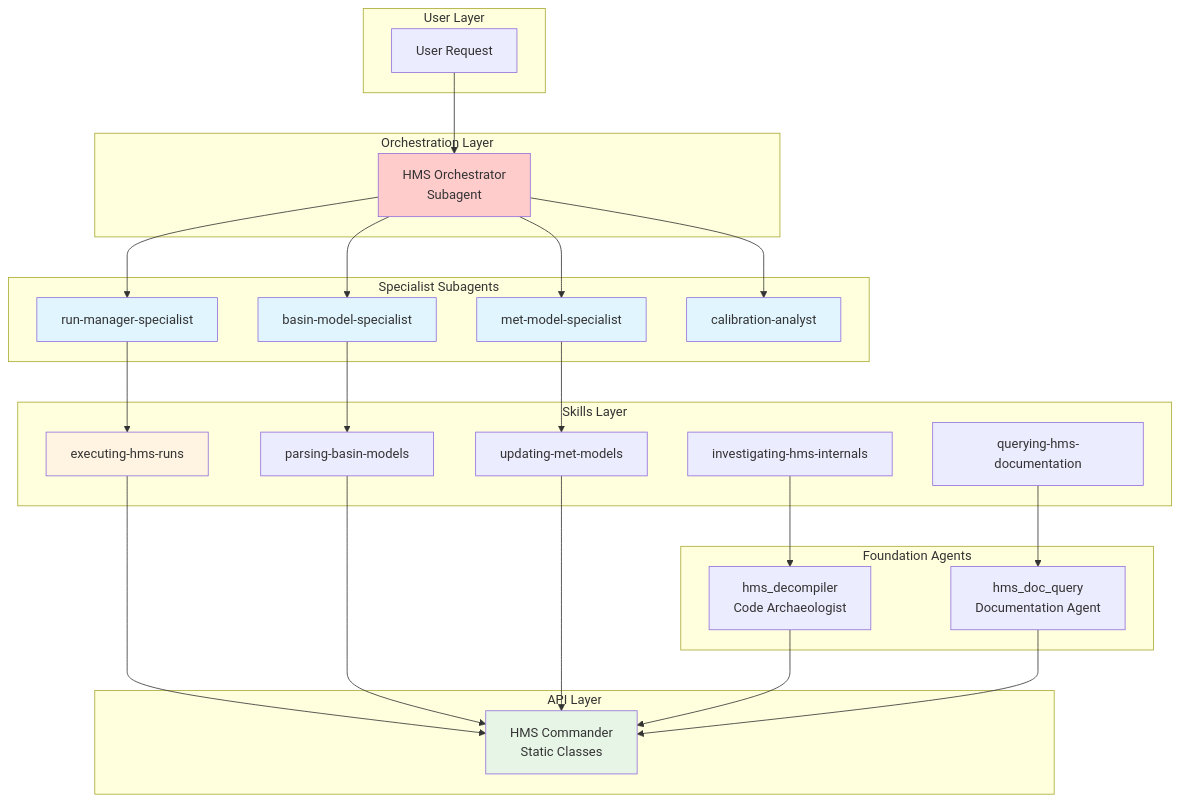
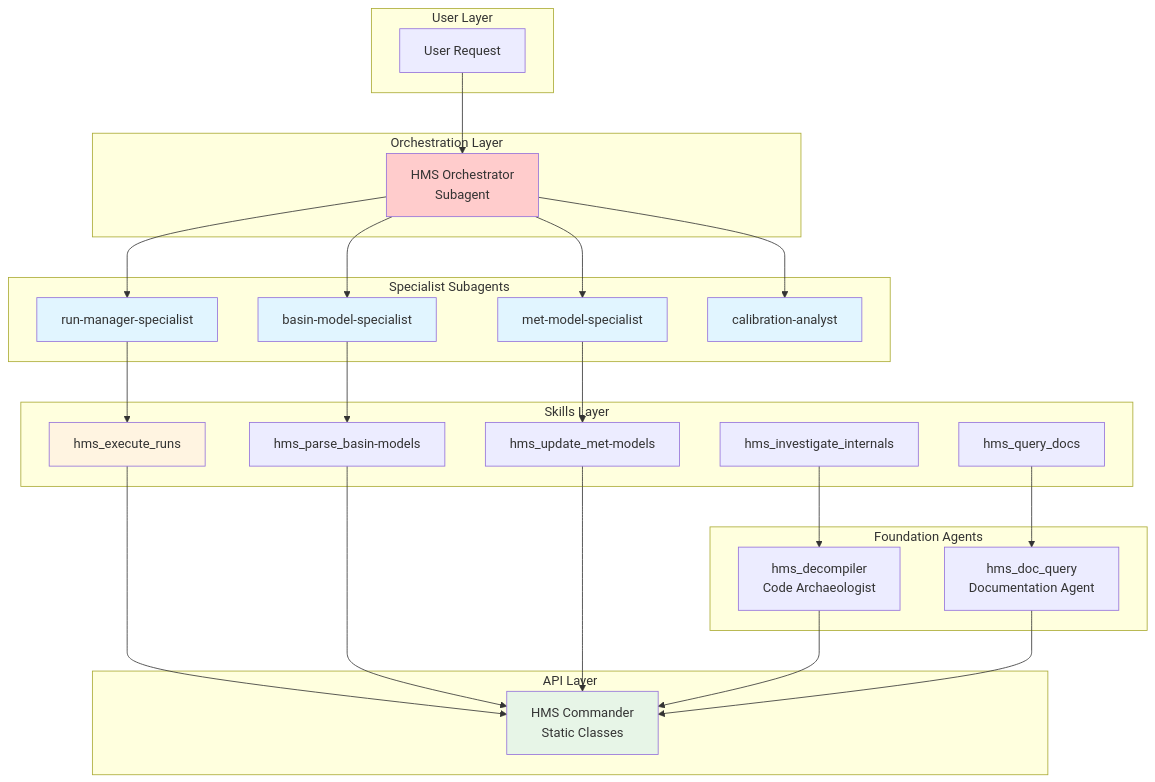
The fourth of 6 diagrams in docs/llm_dev/cognitive_architecture.md (gpt-cmdr/hms-commander), drawn with Mermaid before and after one commit. The commit also changed other lines of this file and 28 other files, not shown here.

````diff
--- a/docs/llm_dev/cognitive_architecture.md
+++ b/docs/llm_dev/cognitive_architecture.md
@@ -153,61 +153,61 @@
 ```mermaid
 graph TB
     subgraph "User Layer"
         A[User Request]
     end
 
     subgraph "Orchestration Layer"
         B[HMS Orchestrator<br/>Subagent]
     end
 
     subgraph "Specialist Subagents"
         C1[basin-model-specialist]
         C2[met-model-specialist]
         C3[run-manager-specialist]
         C4[calibration-analyst]
     end
 
     subgraph "Foundation Agents"
         D1[hms_decompiler<br/>Code Archaeologist]
         D2[hms_doc_query<br/>Documentation Agent]
     end
 
     subgraph "Skills Layer"
-        E1[executing-hms-runs]
-        E2[parsing-basin-models]
-        E3[updating-met-models]
-        E4[investigating-hms-internals]
-        E5[querying-hms-documentation]
+        E1[hms_execute_runs]
+        E2[hms_parse_basin-models]
+        E3[hms_update_met-models]
+        E4[hms_investigate_internals]
+        E5[hms_query_docs]
     end
 
     subgraph "API Layer"
         F[HMS Commander<br/>Static Classes]
     end
 
     A --> B
     B --> C1
     B --> C2
     B --> C3
     B --> C4
 
     C1 --> E2
     C2 --> E3
     C3 --> E1
 
     E4 --> D1
     E5 --> D2
 
     E1 --> F
     E2 --> F
     E3 --> F
     D1 --> F
     D2 --> F
 
     style B fill:#ffcccc
     style C1 fill:#e1f5ff
     style C2 fill:#e1f5ff
     style C3 fill:#e1f5ff
     style C4 fill:#e1f5ff
     style E1 fill:#fff4e1
     style F fill:#e7f5e7
 ```
````
